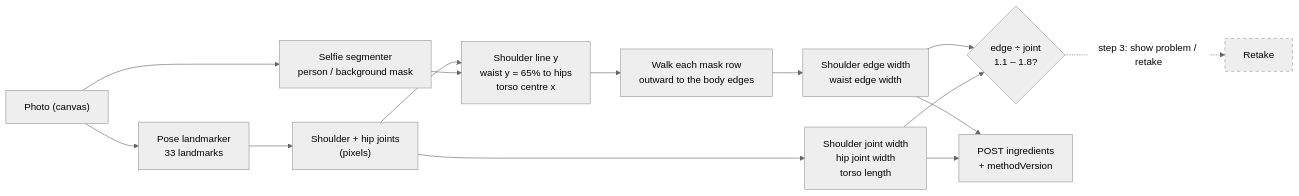
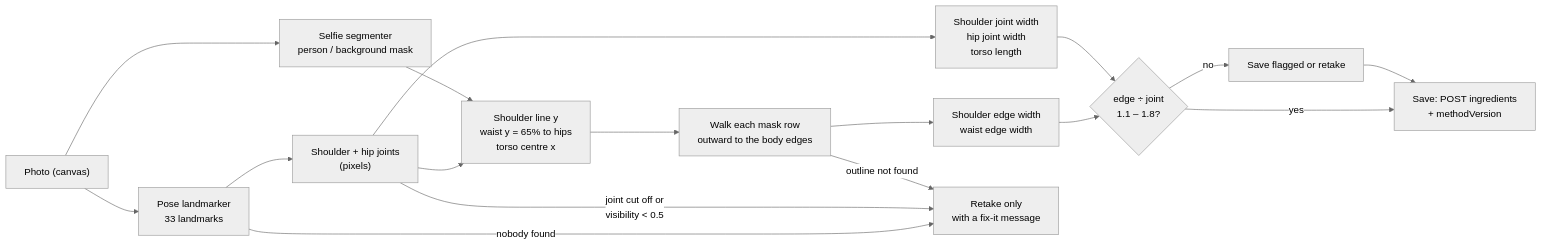
Before and after one commit to ashutosharma2/LiftLens: the tenth of 15 diagrams in docs/architecture.md, drawn with Mermaid (neutral theme). The commit also changed other lines of this file, not shown here.

Commit message:
Diagrams: measuring step built (components, capture states, pipeline)

````diff
--- a/docs/architecture.md
+++ b/docs/architecture.md
@@ -315,19 +323,19 @@
 ```mermaid
 flowchart LR
     Photo["Photo (canvas)"] --> Pose["Pose landmarker<br/>33 landmarks"]
     Photo --> Seg["Selfie segmenter<br/>person / background mask"]
     Pose --> Pts["Shoulder + hip joints<br/>(pixels)"]
     Pts --> Rows["Shoulder line y<br/>waist y = 65% to hips<br/>torso centre x"]
     Seg --> Rows
     Rows --> Edges["Walk each mask row<br/>outward to the body edges"]
     Edges --> Widths["Shoulder edge width<br/>waist edge width"]
     Pts --> Joints["Shoulder joint width<br/>hip joint width<br/>torso length"]
+    Pose -- "nobody found" --> Retake["Retake only<br/>with a fix-it message"]
+    Pts -- "joint cut off or<br/>visibility < 0.5" --> Retake
+    Edges -- "outline not found" --> Retake
     Widths --> Check{"edge ÷ joint<br/>1.1 – 1.8?"}
     Joints --> Check
-    Widths --> Send["POST ingredients<br/>+ methodVersion"]
-    Joints --> Send
-    Check -. "step 3: show problem / retake" .-> Retake["Retake"]
-
-    class Retake planned
-    classDef planned stroke-dasharray: 5 5
+    Check -- "yes" --> Send["Save: POST ingredients<br/>+ methodVersion"]
+    Check -- "no" --> Flag["Save flagged or retake"]
+    Flag --> Send
 ```
````
